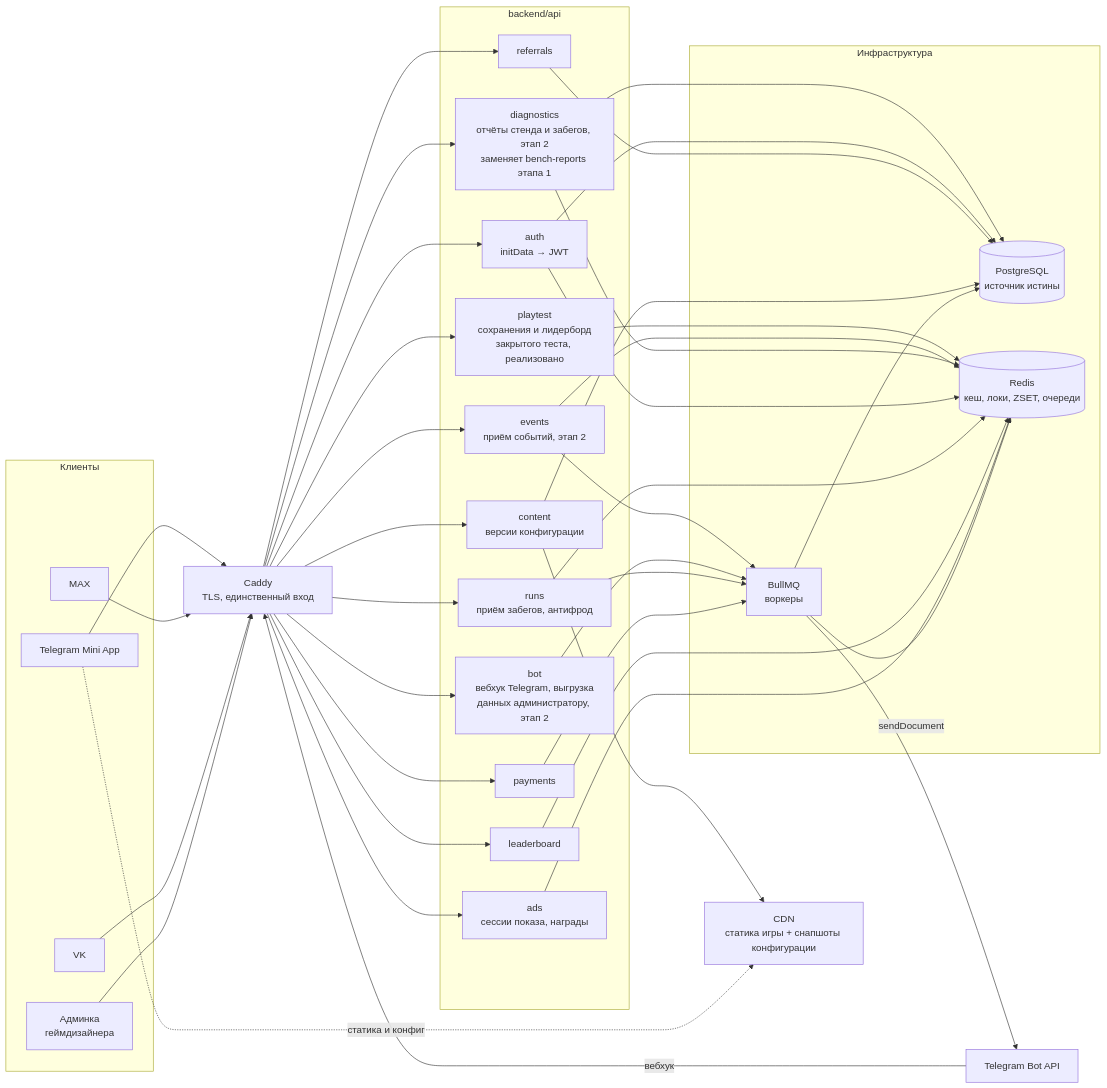
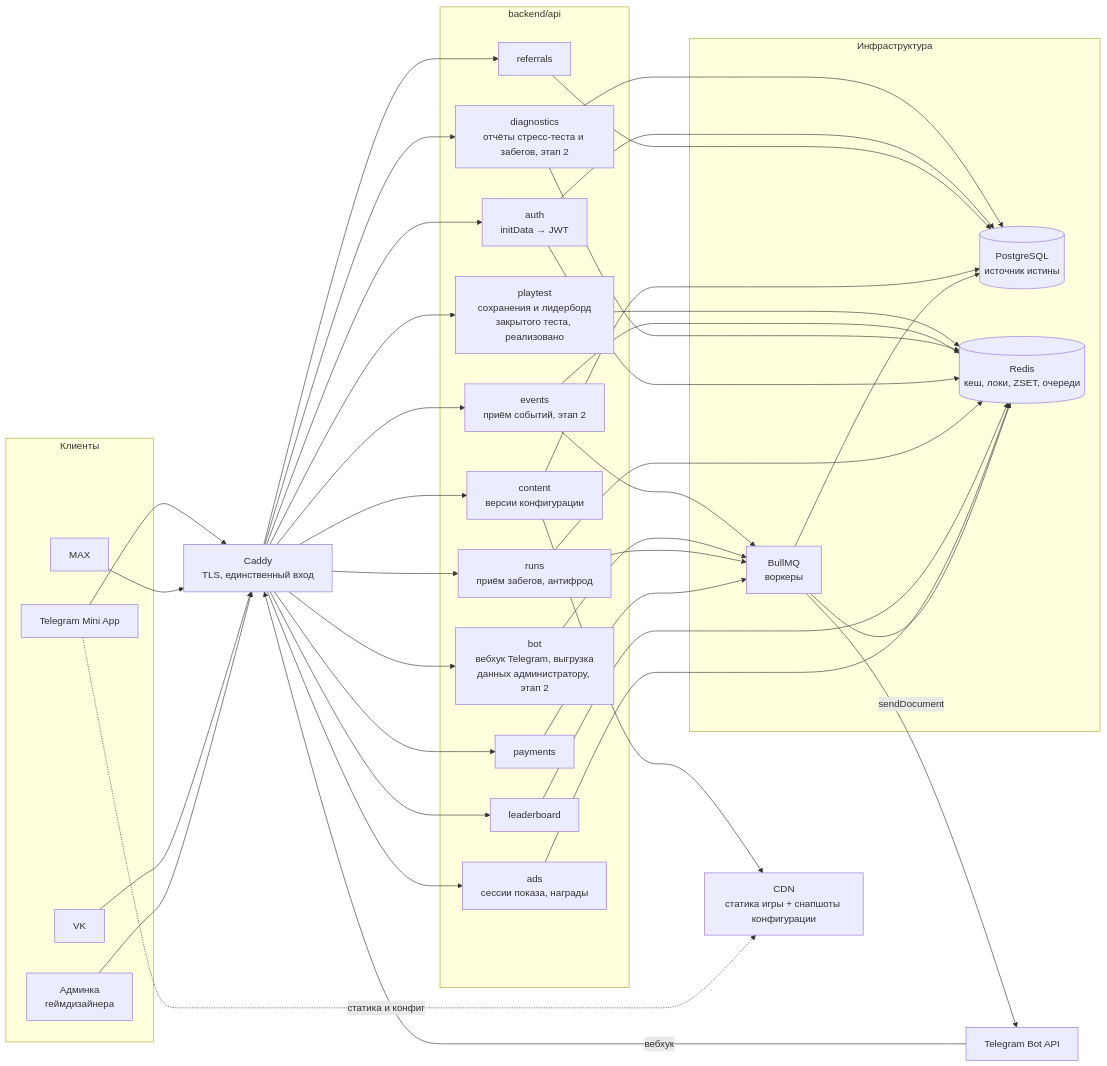
The seventh of 20 diagrams in docs/21-diagrams.md (JJSGxKD/rubezh), drawn with Mermaid before and after one commit. The commit also changed 42 other files, not shown here.

First line of the commit message:
refactor: Оставь из стенда только стресс-тест

````diff
--- a/docs/21-diagrams.md
+++ b/docs/21-diagrams.md
@@ -514,77 +514,77 @@
 ```mermaid
 flowchart LR
     subgraph clients["Клиенты"]
         TG["Telegram Mini App"]
         MAX["MAX"]
         VK["VK"]
         ADMIN["Админка<br/>геймдизайнера"]
     end
 
     CADDY["Caddy<br/>TLS, единственный вход"]
 
     subgraph api["backend/api"]
         AUTH["auth<br/>initData → JWT"]
         RUNS["runs<br/>приём забегов, антифрод"]
         LB["leaderboard"]
         PAY["payments"]
         ADS["ads<br/>сессии показа, награды"]
         REF["referrals"]
         CONTENT["content<br/>версии конфигурации"]
         EVENTS["events<br/>приём событий, этап 2"]
-        DIAG["diagnostics<br/>отчёты стенда и забегов, этап 2<br/>заменяет bench-reports этапа 1"]
+        DIAG["diagnostics<br/>отчёты стресс-теста и забегов, этап 2"]
         PT["playtest<br/>сохранения и лидерборд<br/>закрытого теста, реализовано"]
         BOT["bot<br/>вебхук Telegram, выгрузка<br/>данных администратору, этап 2"]
     end
 
     TGAPI["Telegram Bot API"]
 
     subgraph infra["Инфраструктура"]
         PG[("PostgreSQL<br/>источник истины")]
         REDIS[("Redis<br/>кеш, локи, ZSET, очереди")]
         QUEUE["BullMQ<br/>воркеры"]
     end
 
     CDN["CDN<br/>статика игры + снапшоты конфигурации"]
 
     TG --> CADDY
     MAX --> CADDY
     VK --> CADDY
     ADMIN --> CADDY
 
     CADDY --> AUTH
     CADDY --> RUNS
     CADDY --> LB
     CADDY --> PAY
     CADDY --> ADS
     CADDY --> REF
     CADDY --> CONTENT
     CADDY --> EVENTS
     CADDY --> DIAG
     CADDY --> PT
 
     PT --> REDIS
     EVENTS --> REDIS
     EVENTS --> QUEUE
     DIAG --> REDIS
     DIAG --> PG
     TGAPI -- вебхук --> CADDY
     CADDY --> BOT
     BOT --> QUEUE
     QUEUE -- sendDocument --> TGAPI
 
     AUTH --> PG
     AUTH --> REDIS
     RUNS --> REDIS
     RUNS --> QUEUE
     LB --> REDIS
     PAY --> QUEUE
     ADS --> REDIS
     REF --> PG
     CONTENT --> PG
     CONTENT --> CDN
 
     QUEUE --> PG
     QUEUE --> REDIS
 
     TG -.статика и конфиг.-> CDN
 ```
````
